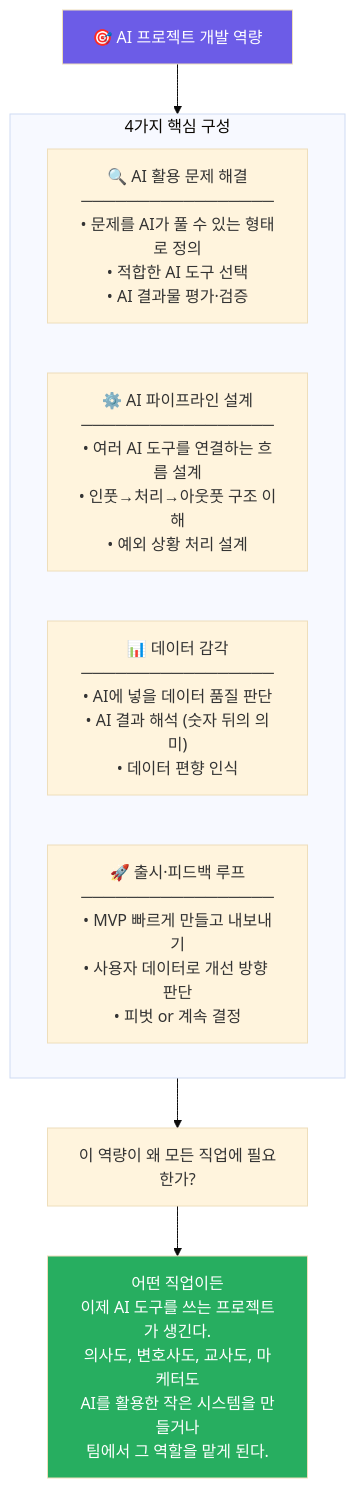
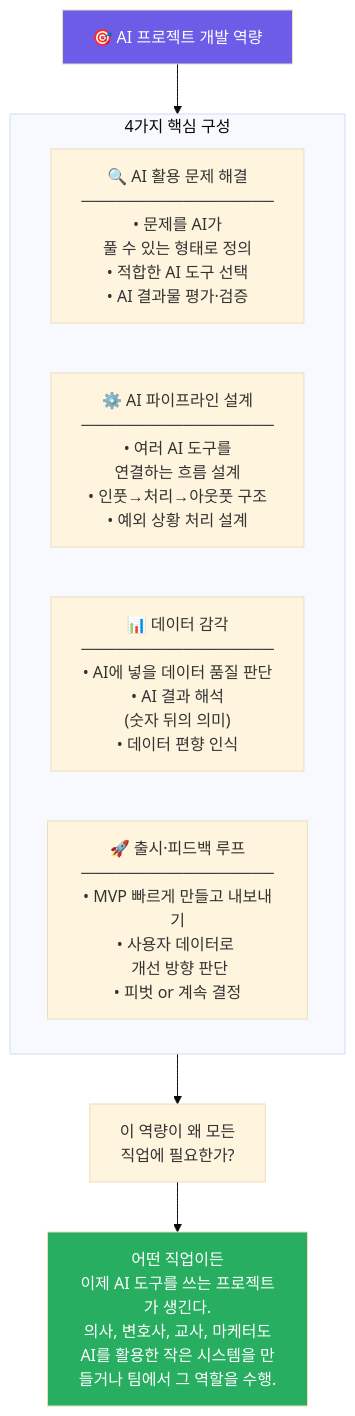
One commit to Collegenie-X/AI-career-path changed the ninth of 17 diagrams in documents/기획서/DreamPath_AI시대_직업역량_재정의.md. Above: the diagram before and after it, drawn with Mermaid (base theme). The commit also changed other lines of this file and 40 other files, not shown here.

````diff
--- a/documents/기획서/DreamPath_AI시대_직업역량_재정의.md
+++ b/documents/기획서/DreamPath_AI시대_직업역량_재정의.md
@@ -334,17 +334,17 @@
 ```mermaid
 flowchart TD
     Core["🎯 AI 프로젝트 개발 역량"] --> Four
 
     subgraph Four["4가지 핵심 구성"]
-        F1["🔍 AI 활용 문제 해결<br>─────────────────<br>• 문제를 AI가 풀 수 있는 형태로 정의<br>• 적합한 AI 도구 선택<br>• AI 결과물 평가·검증"]
-        F2["⚙️ AI 파이프라인 설계<br>─────────────────<br>• 여러 AI 도구를 연결하는 흐름 설계<br>• 인풋→처리→아웃풋 구조 이해<br>• 예외 상황 처리 설계"]
-        F3["📊 데이터 감각<br>─────────────────<br>• AI에 넣을 데이터 품질 판단<br>• AI 결과 해석 (숫자 뒤의 의미)<br>• 데이터 편향 인식"]
-        F4["🚀 출시·피드백 루프<br>─────────────────<br>• MVP 빠르게 만들고 내보내기<br>• 사용자 데이터로 개선 방향 판단<br>• 피벗 or 계속 결정"]
+        F1["🔍 AI 활용 문제 해결<br>─────────────────<br>• 문제를 AI가 <br>풀 수 있는 형태로 정의<br>• 적합한 AI 도구 선택<br>• AI 결과물 평가·검증"]
+        F2["⚙️ AI 파이프라인 설계<br>─────────────────<br>• 여러 AI 도구를 <br> 연결하는 흐름 설계<br>• 인풋→처리→아웃풋 구조<br>• 예외 상황 처리 설계"]
+        F3["📊 데이터 감각<br>─────────────────<br>• AI에 넣을 데이터 품질 판단<br>• AI 결과 해석 <br>(숫자 뒤의 의미)<br>• 데이터 편향 인식"]
+        F4["🚀 출시·피드백 루프<br>─────────────────<br>• MVP 빠르게 만들고 내보내기<br>• 사용자 데이터로 <br> 개선 방향 판단<br>• 피벗 or 계속 결정"]
     end
 
-    Four --> Why["이 역량이 왜 모든 직업에 필요한가?"]
-    Why --> Reason["어떤 직업이든<br>이제 AI 도구를 쓰는 프로젝트가 생긴다.<br>의사도, 변호사도, 교사도, 마케터도<br>AI를 활용한 작은 시스템을 만들거나<br>팀에서 그 역할을 맡게 된다."]
+    Four --> Why["이 역량이 왜 모든 <br> 직업에 필요한가?"]
+    Why --> Reason["어떤 직업이든<br>이제 AI 도구를 쓰는 프로젝트가 생긴다.<br>의사, 변호사, 교사, 마케터도<br>AI를 활용한 작은 시스템을 만들거나 팀에서 그 역할을 수행."]
 
     style Core fill:#6C5CE7,color:#fff
     style Reason fill:#27AE60,color:#fff
 ```
````
